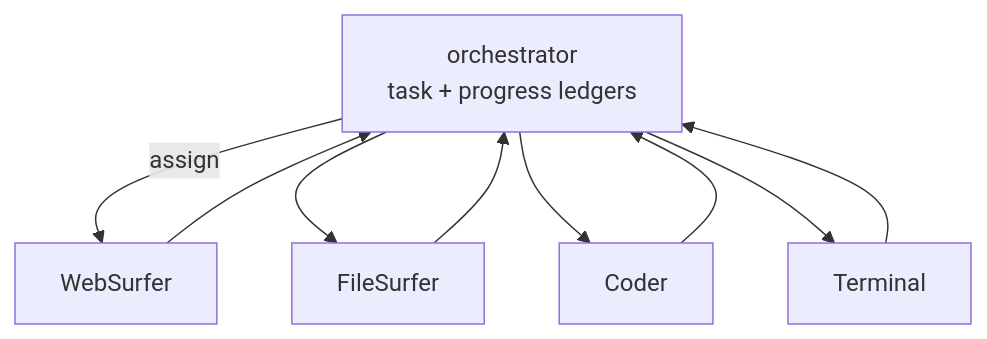
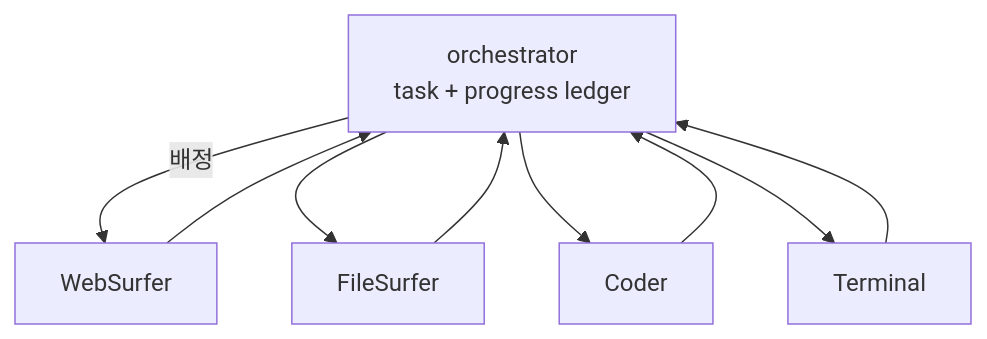
The third of 3 diagrams in content/llm/agents.ko.md (beomyoung-kim/ml_study), drawn with Mermaid before and after one commit. The commit also changed other lines of this file and 209 other files, not shown here.

````diff
--- a/content/llm/agents.ko.md
+++ b/content/llm/agents.ko.md
@@ -131,11 +237,11 @@
 ```mermaid
 flowchart TB
-  Orch["orchestrator<br/>task + progress ledgers"] -->|assign| WS["WebSurfer"]
+  Orch["orchestrator<br/>task + progress ledger"] -->|배정| WS["WebSurfer"]
   Orch --> FS["FileSurfer"]
   Orch --> CD["Coder"]
   Orch --> CT["Terminal"]
   WS --> Orch
   FS --> Orch
   CD --> Orch
   CT --> Orch
 ```
````
